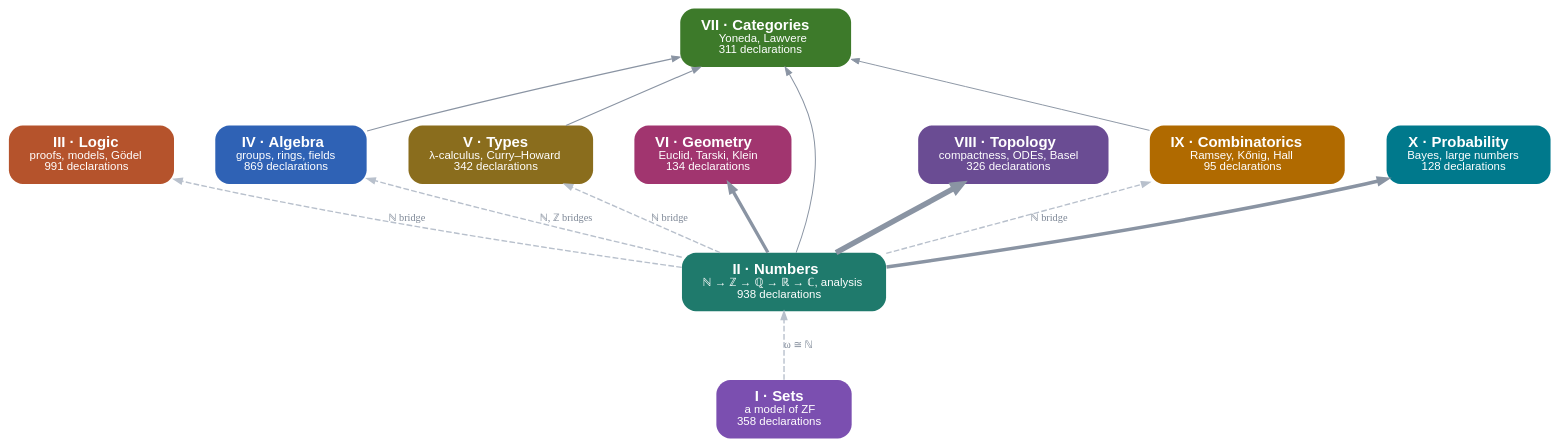
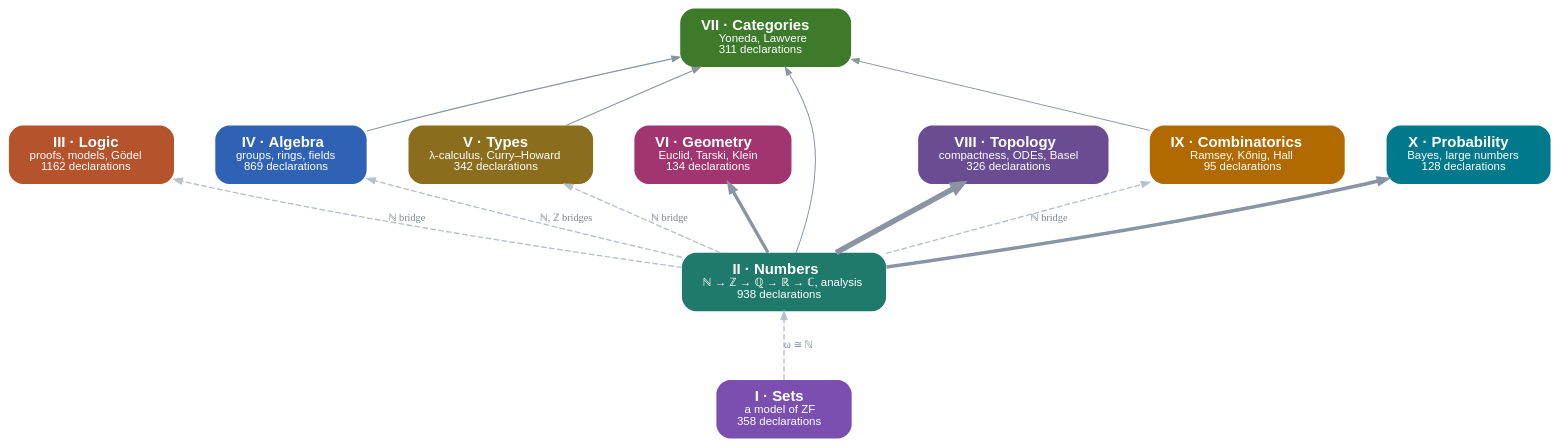
Before and after one commit to damianspendel/foundations: the diagram in site/dist/parts.dot, drawn with Graphviz. The commit also changed 19 other files, not shown here.

First line of the commit message:
Logic: Gödel II for PA unconditional (provH with D1–D3), Löb for PA

```diff
--- a/site/dist/parts.dot
+++ b/site/dist/parts.dot
@@ -1,27 +1,27 @@
 digraph parts {
 rankdir=BT; bgcolor="transparent"; nodesep=0.5; ranksep=0.7;
 node [shape=box, style="rounded,filled", fontname="Helvetica", fontsize=13, penwidth=0, margin="0.25,0.12"];
 edge [color="#8a94a3", arrowsize=0.7];
 "Sets" [label=<<b>I · Sets</b><br/><font point-size="10">a model of ZF<br/>358 declarations</font>>, fillcolor="#7b4fb0", fontcolor="white"];
 "Numbers" [label=<<b>II · Numbers</b><br/><font point-size="10">ℕ → ℤ → ℚ → ℝ → ℂ, analysis<br/>938 declarations</font>>, fillcolor="#1f7a6c", fontcolor="white"];
-"Logic" [label=<<b>III · Logic</b><br/><font point-size="10">proofs, models, Gödel<br/>991 declarations</font>>, fillcolor="#b5532c", fontcolor="white"];
+"Logic" [label=<<b>III · Logic</b><br/><font point-size="10">proofs, models, Gödel<br/>1162 declarations</font>>, fillcolor="#b5532c", fontcolor="white"];
 "Algebra" [label=<<b>IV · Algebra</b><br/><font point-size="10">groups, rings, fields<br/>869 declarations</font>>, fillcolor="#2f62b5", fontcolor="white"];
 "Types" [label=<<b>V · Types</b><br/><font point-size="10">λ-calculus, Curry–Howard<br/>342 declarations</font>>, fillcolor="#8a6d1d", fontcolor="white"];
 "Geometry" [label=<<b>VI · Geometry</b><br/><font point-size="10">Euclid, Tarski, Klein<br/>134 declarations</font>>, fillcolor="#a1356f", fontcolor="white"];
 "Categories" [label=<<b>VII · Categories</b><br/><font point-size="10">Yoneda, Lawvere<br/>311 declarations</font>>, fillcolor="#3d7a2a", fontcolor="white"];
 "Topology" [label=<<b>VIII · Topology</b><br/><font point-size="10">compactness, ODEs, Basel<br/>326 declarations</font>>, fillcolor="#6a4c93", fontcolor="white"];
 "Combinatorics" [label=<<b>IX · Combinatorics</b><br/><font point-size="10">Ramsey, Kőnig, Hall<br/>95 declarations</font>>, fillcolor="#b06a00", fontcolor="white"];
 "Probability" [label=<<b>X · Probability</b><br/><font point-size="10">Bayes, large numbers<br/>128 declarations</font>>, fillcolor="#00798c", fontcolor="white"];
 "Algebra" -> "Categories" [penwidth=0.98, tooltip="23 uses of Algebra in Categories"];
 "Combinatorics" -> "Categories" [penwidth=0.84, tooltip="1 uses of Combinatorics in Categories"];
 "Numbers" -> "Categories" [penwidth=0.88, tooltip="5 uses of Numbers in Categories"];
 "Numbers" -> "Geometry" [penwidth=2.87, tooltip="3189 uses of Numbers in Geometry"];
 "Numbers" -> "Probability" [penwidth=3.01, tooltip="3662 uses of Numbers in Probability"];
 "Numbers" -> "Topology" [penwidth=4.80, tooltip="11945 uses of Numbers in Topology"];
 "Types" -> "Categories" [penwidth=0.97, tooltip="21 uses of Types in Categories"];
 "Sets" -> "Numbers" [style=dashed, color="#b8c0cc", penwidth=1.2, label=<<font point-size="9" color="#7d8796">ω ≅ ℕ</font>>];
 "Numbers" -> "Logic" [style=dashed, color="#b8c0cc", penwidth=1.2, label=<<font point-size="9" color="#7d8796">ℕ bridge</font>>];
 "Numbers" -> "Algebra" [style=dashed, color="#b8c0cc", penwidth=1.2, label=<<font point-size="9" color="#7d8796">ℕ, ℤ bridges</font>>];
 "Numbers" -> "Types" [style=dashed, color="#b8c0cc", penwidth=1.2, label=<<font point-size="9" color="#7d8796">ℕ bridge</font>>];
 "Numbers" -> "Combinatorics" [style=dashed, color="#b8c0cc", penwidth=1.2, label=<<font point-size="9" color="#7d8796">ℕ bridge</font>>];
 }
```
